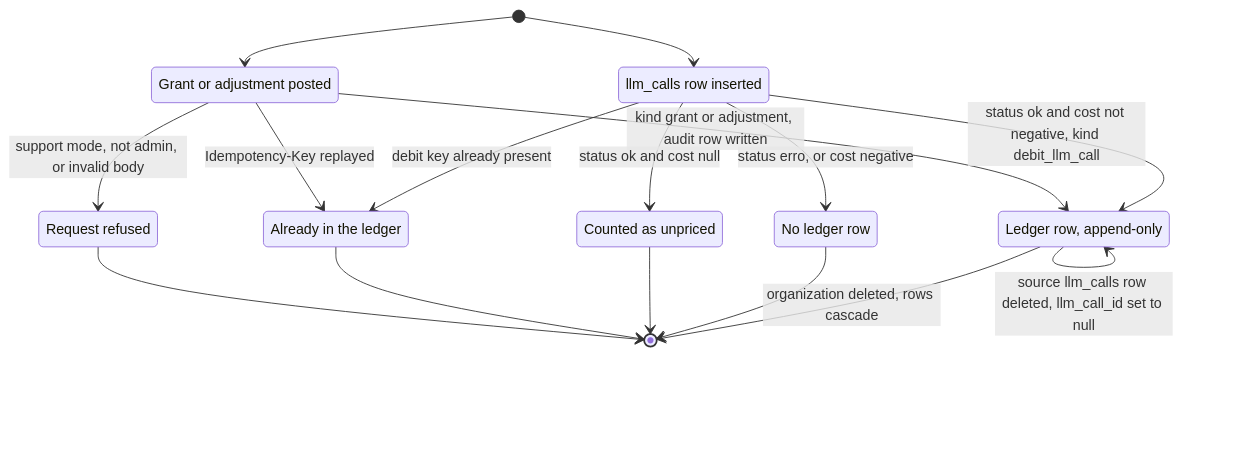
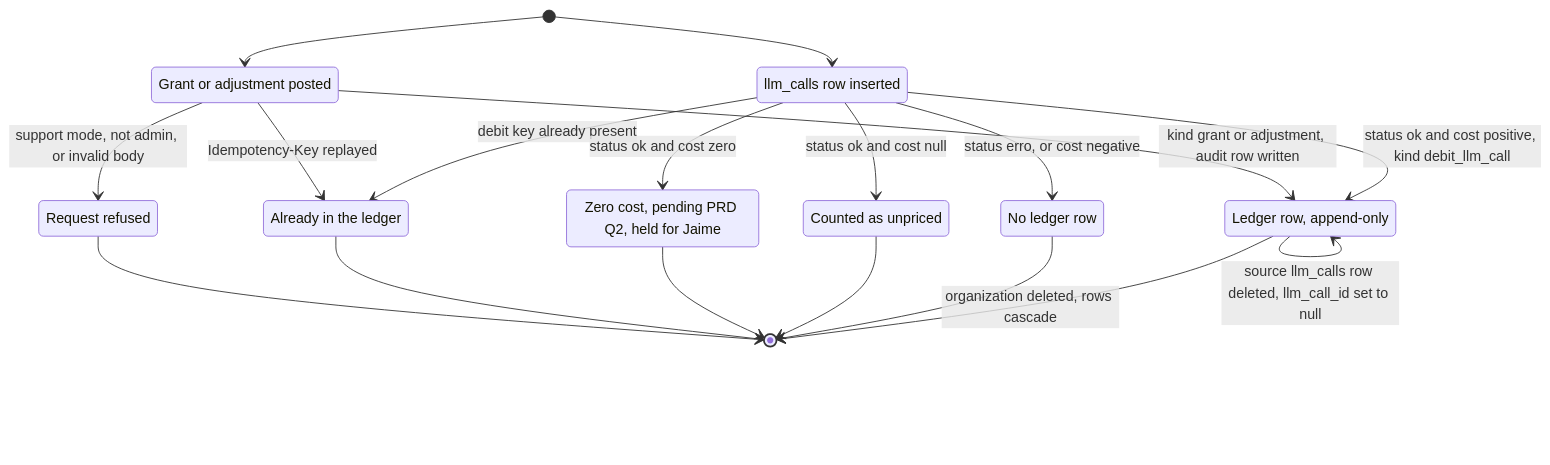
The tenth of 11 diagrams in docs/project/APP_FLOW.md (hythevc/deskcommcrm), drawn with Mermaid before and after one commit. The commit also changed other lines of this file and 5 other files, not shown here.

Commit message:
docs(project): apply the 22 consistency fixes; held questions marked pending [skip ci]

````diff
--- a/docs/project/APP_FLOW.md
+++ b/docs/project/APP_FLOW.md
@@ -503,26 +513,29 @@
 ```mermaid
 stateDiagram-v2
     state "llm_calls row inserted" as Source
     state "Grant or adjustment posted" as Grant
     state "No ledger row" as NoRow
     state "Counted as unpriced" as Unpriced
+    state "Zero cost, pending PRD Q2, held for Jaime" as ZeroCost
     state "Already in the ledger" as Duplicate
     state "Request refused" as Refused
     state "Ledger row, append-only" as Recorded
     [*] --> Source
     [*] --> Grant
     Source --> NoRow: status erro, or cost negative
     Source --> Unpriced: status ok and cost null
     Source --> Duplicate: debit key already present
-    Source --> Recorded: status ok and cost not negative, kind debit_llm_call
+    Source --> ZeroCost: status ok and cost zero
+    Source --> Recorded: status ok and cost positive, kind debit_llm_call
     Grant --> Refused: support mode, not admin, or invalid body
     Grant --> Duplicate: Idempotency-Key replayed
     Grant --> Recorded: kind grant or adjustment, audit row written
     Recorded --> Recorded: UPDATE or DELETE refused for every role
     Recorded --> Recorded: source llm_calls row deleted, llm_call_id set to null
     Recorded --> [*]: organization deleted, rows cascade
     NoRow --> [*]
     Unpriced --> [*]
+    ZeroCost --> [*]
     Duplicate --> [*]
     Refused --> [*]
 ```
````
